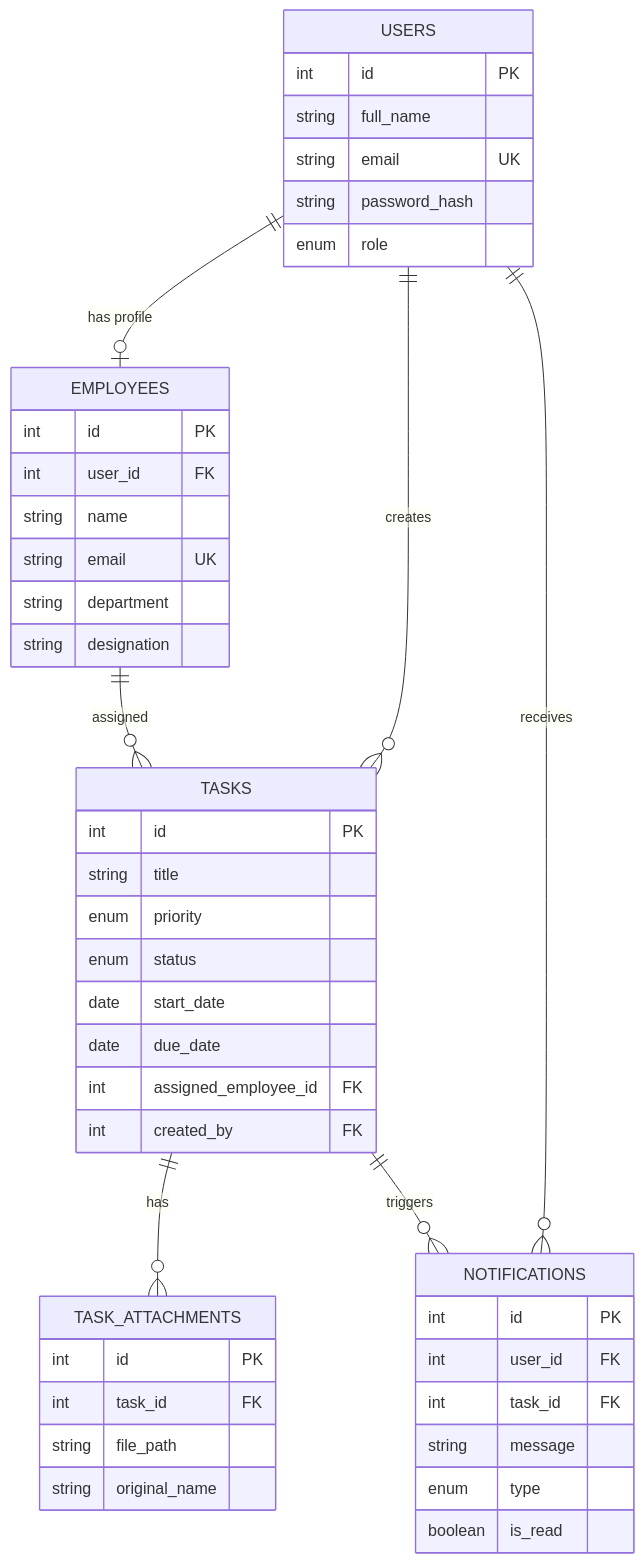
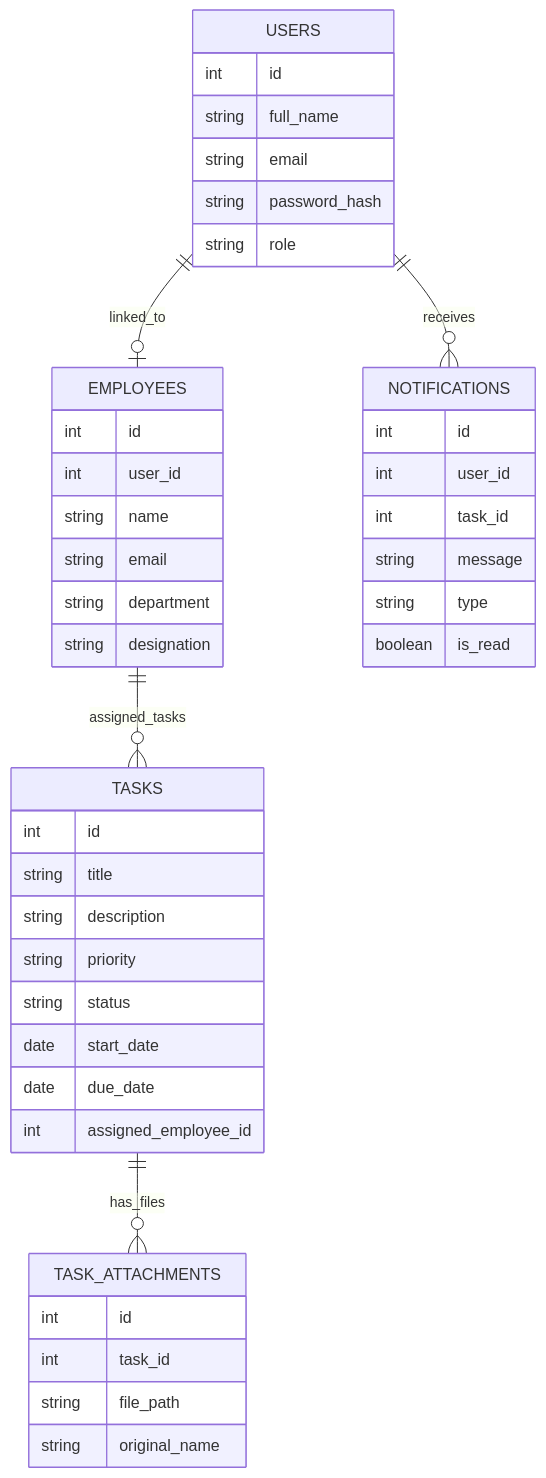
The fourth of 4 diagrams in diagrams/architecture.md (nandini-gondhali/employee-task-management-system), drawn with Mermaid before and after one commit. The commit also changed other lines of this file and 7 other files, not shown here.

Commit message:
Complete Employee Task Management System assignment

````diff
--- a/diagrams/architecture.md
+++ b/diagrams/architecture.md
@@ -104,53 +57,51 @@
 ```mermaid
 erDiagram
-    USERS ||--o| EMPLOYEES : "has profile"
-    USERS ||--o{ TASKS : creates
+    USERS ||--o| EMPLOYEES : linked_to
+    EMPLOYEES ||--o{ TASKS : assigned_tasks
     USERS ||--o{ NOTIFICATIONS : receives
-    EMPLOYEES ||--o{ TASKS : assigned
-    TASKS ||--o{ TASK_ATTACHMENTS : has
-    TASKS ||--o{ NOTIFICATIONS : triggers
+    TASKS ||--o{ TASK_ATTACHMENTS : has_files
 
     USERS {
-        int id PK
+        int id
         string full_name
-        string email UK
+        string email
         string password_hash
-        enum role
+        string role
     }
 
     EMPLOYEES {
-        int id PK
-        int user_id FK
+        int id
+        int user_id
         string name
-        string email UK
+        string email
         string department
         string designation
     }
 
     TASKS {
-        int id PK
+        int id
         string title
-        enum priority
-        enum status
+        string description
+        string priority
+        string status
         date start_date
         date due_date
-        int assigned_employee_id FK
-        int created_by FK
+        int assigned_employee_id
     }
 
     NOTIFICATIONS {
-        int id PK
-        int user_id FK
-        int task_id FK
+        int id
+        int user_id
+        int task_id
         string message
-        enum type
+        string type
         boolean is_read
     }
 
     TASK_ATTACHMENTS {
-        int id PK
-        int task_id FK
+        int id
+        int task_id
         string file_path
         string original_name
     }
 ```
````
